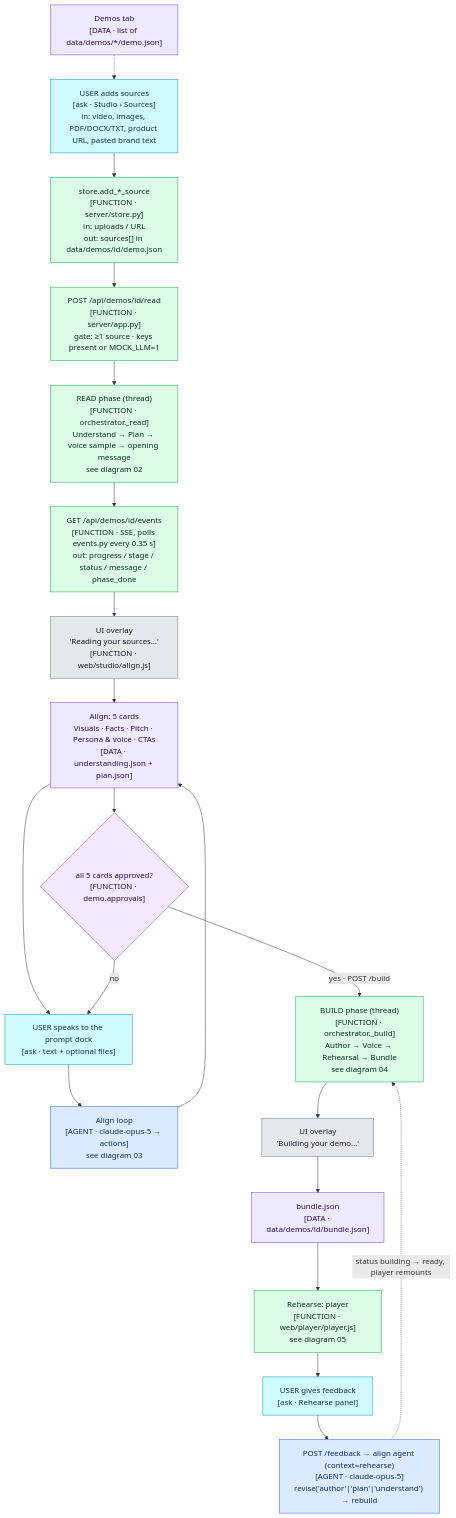
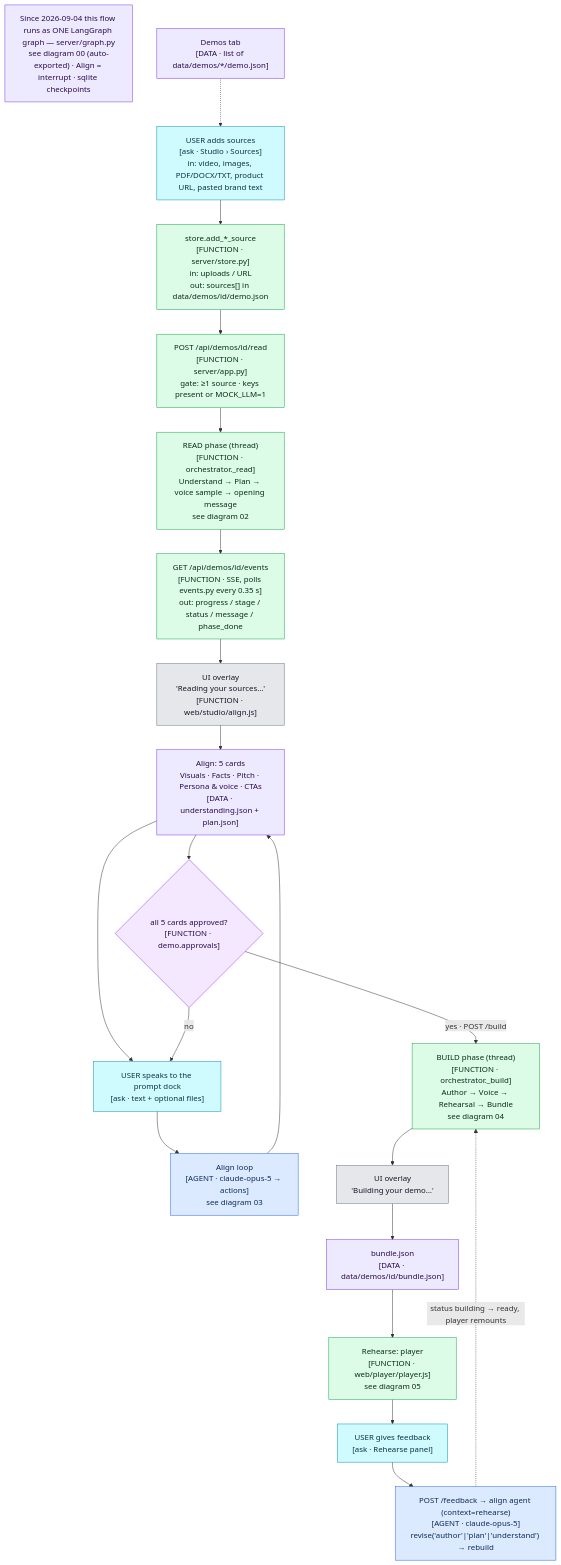
Before and after one commit to APareek89/demo-studio: the diagram in docs/mermaid/01-master.mmd, drawn with Mermaid. The commit also changed 26 other files, not shown here.

Commit message:
LangGraph workflow (server/graph.py), cheapest MVP models (Haiku/Sonnet plan/Gemini lite), picture-editor pass, local image clean-up + Gemini image path, mascot, full-detail run log; docs

```diff
--- a/docs/mermaid/01-master.mmd
+++ b/docs/mermaid/01-master.mmd
@@ -1,34 +1,35 @@
 %% 01 · Master flow — Demo Studio (Sources → Align → Rehearse)
 flowchart TD
+  LG["Since 2026-09-04 this flow runs as ONE LangGraph graph — server/graph.py<br/>see diagram 00 (auto-exported) · Align = interrupt · sqlite checkpoints"]:::data
   U["USER adds sources<br/>[ask · Studio › Sources]<br/>in: video, images, PDF/DOCX/TXT, product URL, pasted brand text"]:::ask
   ING["store.add_*_source<br/>[FUNCTION · server/store.py]<br/>in: uploads / URL<br/>out: sources[] in data/demos/id/demo.json"]:::fn
   READBTN["POST /api/demos/id/read<br/>[FUNCTION · server/app.py]<br/>gate: ≥1 source · keys present or MOCK_LLM=1"]:::fn
   READ["READ phase (thread)<br/>[FUNCTION · orchestrator._read]<br/>Understand → Plan → voice sample → opening message<br/>see diagram 02"]:::fn
   SSE["GET /api/demos/id/events<br/>[FUNCTION · SSE, polls events.py every 0.35 s]<br/>out: progress / stage / status / message / phase_done"]:::fn
   OVER1["UI overlay<br/>'Reading your sources…'<br/>[FUNCTION · web/studio/align.js]"]:::term
   CARDS["Align: 5 cards<br/>Visuals · Facts · Pitch · Persona & voice · CTAs<br/>[DATA · understanding.json + plan.json]"]:::data
   DOCK["USER speaks to the prompt dock<br/>[ask · text + optional files]"]:::ask
   ALIGN["Align loop<br/>[AGENT · claude-opus-5 → actions]<br/>see diagram 03"]:::agent
   APPR{"all 5 cards approved?<br/>[FUNCTION · demo.approvals]"}:::dec
   BUILD["BUILD phase (thread)<br/>[FUNCTION · orchestrator._build]<br/>Author → Voice → Rehearsal → Bundle<br/>see diagram 04"]:::fn
   OVER2["UI overlay<br/>'Building your demo…'"]:::term
   BUNDLE["bundle.json<br/>[DATA · data/demos/id/bundle.json]"]:::data
   PLAY["Rehearse: player<br/>[FUNCTION · web/player/player.js]<br/>see diagram 05"]:::fn
   FB["USER gives feedback<br/>[ask · Rehearse panel]"]:::ask
   FBA["POST /feedback → align agent (context=rehearse)<br/>[AGENT · claude-opus-5]<br/>revise('author'|'plan'|'understand') → rebuild"]:::agent
   LIB["Demos tab<br/>[DATA · list of data/demos/*/demo.json]"]:::data
 
   U --> ING --> READBTN --> READ --> SSE --> OVER1 --> CARDS
   CARDS --> DOCK --> ALIGN --> CARDS
   CARDS --> APPR
   APPR -- "no" --> DOCK
   APPR -- "yes · POST /build" --> BUILD --> OVER2 --> BUNDLE --> PLAY
   PLAY --> FB --> FBA -.->|"status building → ready, player remounts"| BUILD
   LIB -.-> U
 
   classDef agent fill:#dbeafe,stroke:#2563eb,color:#0b2a5b;
   classDef fn fill:#dcfce7,stroke:#16a34a,color:#052e16;
   classDef dec fill:#f3e8ff,stroke:#9333ea,color:#2a0a4a;
   classDef term fill:#e5e7eb,stroke:#6b7280,color:#111827;
   classDef ask fill:#cffafe,stroke:#0891b2,color:#083344;
   classDef data fill:#ede9fe,stroke:#7c3aed,color:#2a0a4a;
```
